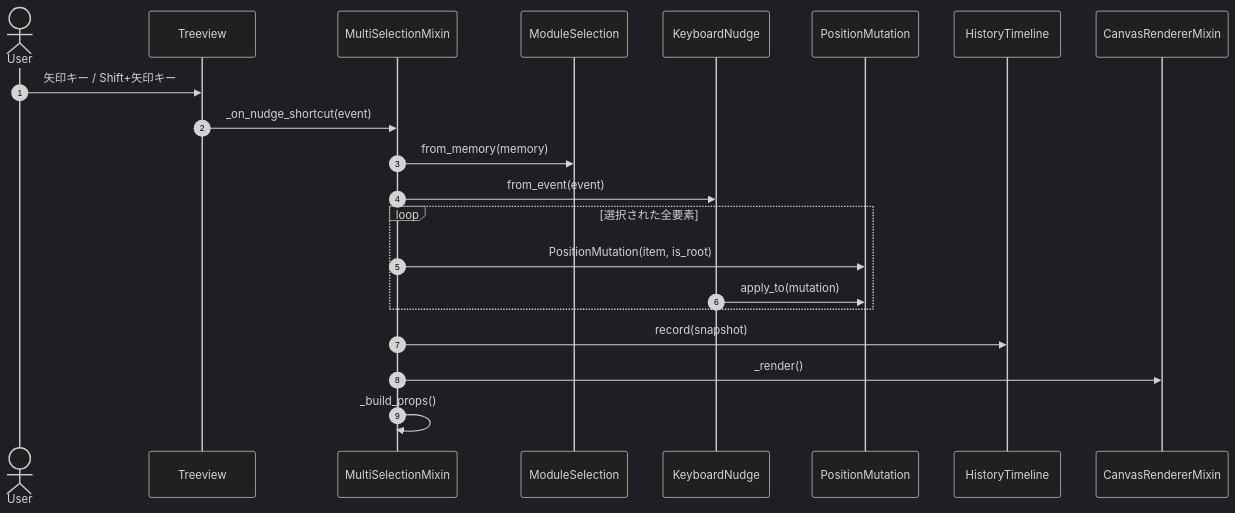
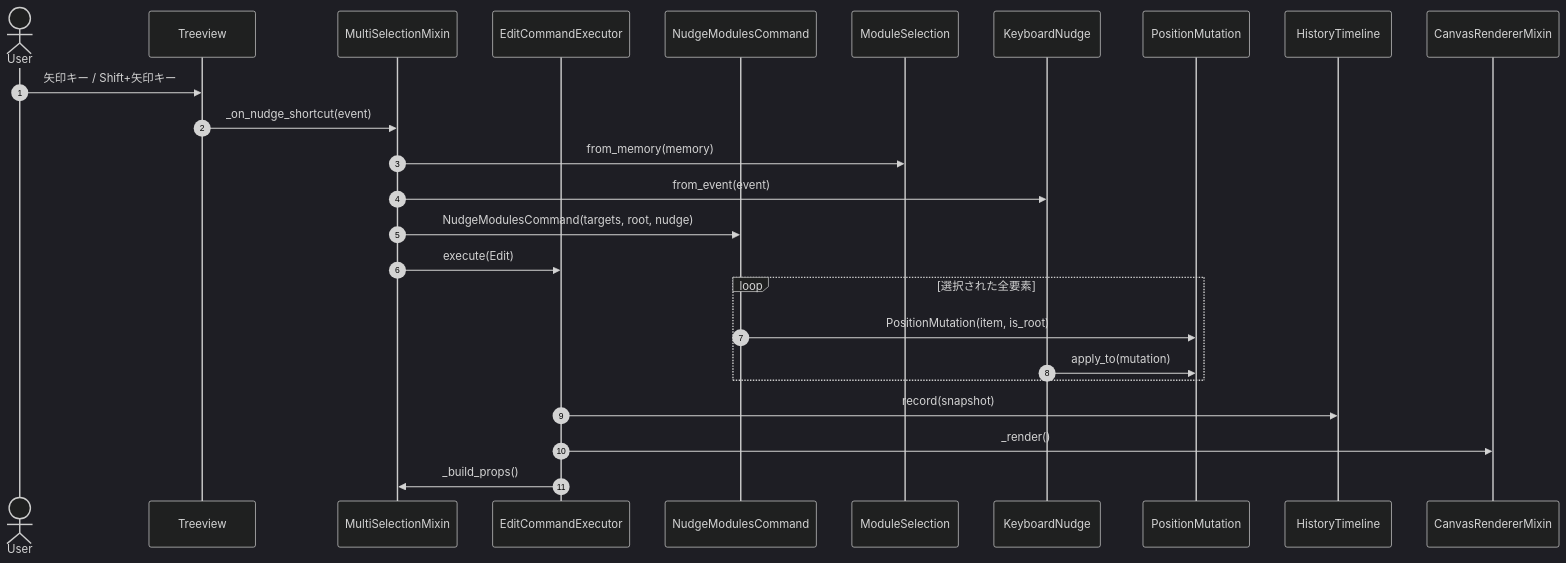
Diagram 25 of 25 in doc/KLWPエディタ_設計仕様.md (k014c1287/klwp_pc_editor), drawn with Mermaid (dark theme) before and after one commit. The commit also changed other lines of this file and 60 other files, not shown here.

````diff
--- a/doc/KLWPエディタ_設計仕様.md
+++ b/doc/KLWPエディタ_設計仕様.md
@@ -1533,24 +1572,28 @@
 ```mermaid
 sequenceDiagram
     autonumber
     actor User
     participant Tree as Treeview
     participant Commands as MultiSelectionMixin
+    participant Executor as EditCommandExecutor
+    participant Edit as NudgeModulesCommand
     participant Selection as ModuleSelection
     participant Nudge as KeyboardNudge
     participant Position as PositionMutation
     participant History as HistoryTimeline
     participant Preview as CanvasRendererMixin
 
     User->>Tree: 矢印キー / Shift+矢印キー
     Tree->>Commands: _on_nudge_shortcut(event)
     Commands->>Selection: from_memory(memory)
     Commands->>Nudge: from_event(event)
+    Commands->>Edit: NudgeModulesCommand(targets, root, nudge)
+    Commands->>Executor: execute(Edit)
     loop 選択された全要素
-        Commands->>Position: PositionMutation(item, is_root)
+        Edit->>Position: PositionMutation(item, is_root)
         Nudge->>Position: apply_to(mutation)
     end
-    Commands->>History: record(snapshot)
-    Commands->>Preview: _render()
-    Commands->>Commands: _build_props()
+    Executor->>History: record(snapshot)
+    Executor->>Preview: _render()
+    Executor->>Commands: _build_props()
 ```
````
